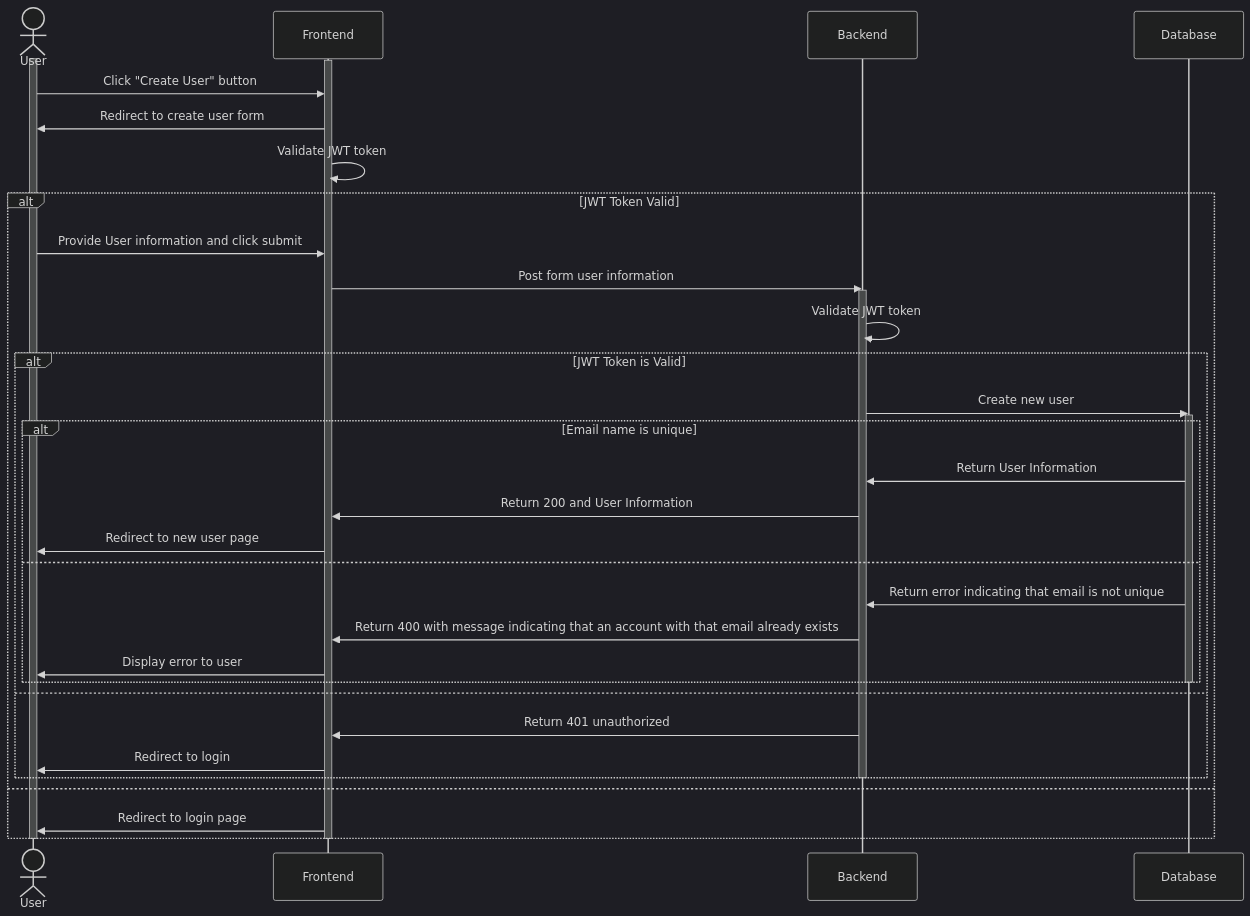
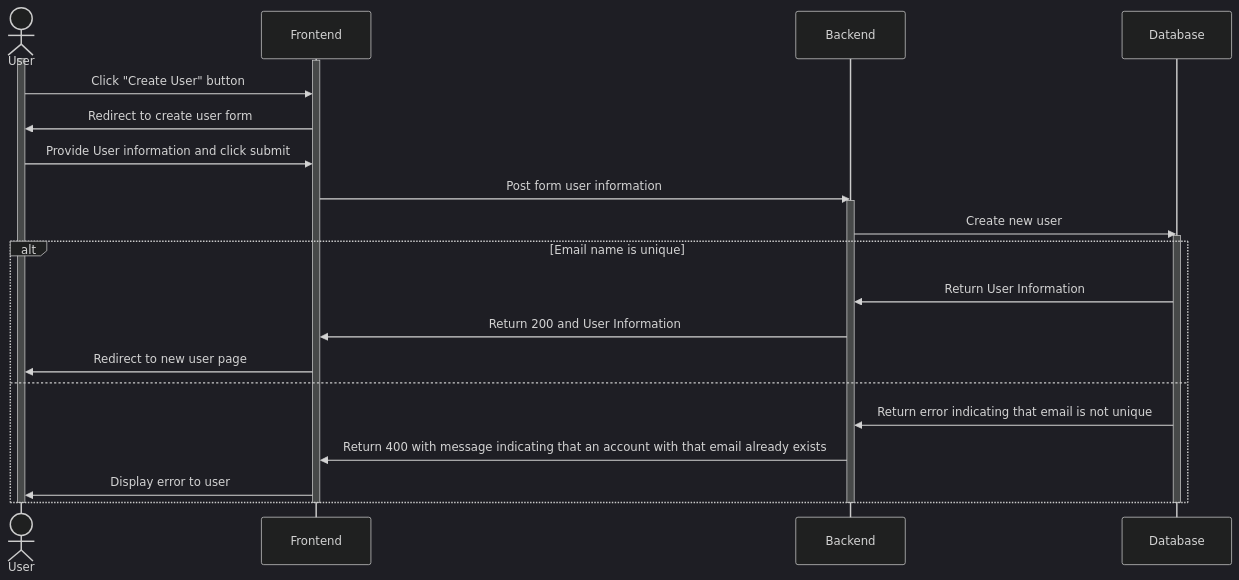
One commit to UCSD-E4E/fishsense-webapp changed the third of 3 diagrams in README.md. Above: the diagram before and after it, drawn with Mermaid (dark theme).

````diff
--- a/README.md
+++ b/README.md
@@ -111,55 +111,42 @@
 ```mermaid
 sequenceDiagram
     actor User
 
     activate User
     activate Frontend
 
     User ->> Frontend: Click "Create User" button
     Frontend ->> User: Redirect to create user form
-    Frontend ->> Frontend: Validate JWT token
-    alt JWT Token Valid
+
     User ->> Frontend: Provide User information and click submit
     Frontend ->> Backend: Post form user information
     activate Backend
 
-    Backend ->> Backend: Validate JWT token
-    
-    alt JWT Token is Valid
 
     Backend ->> Database: Create new user
     activate Database
 
     alt Email name is unique
 
     Database ->> Backend: Return User Information
     Backend ->> Frontend: Return 200 and User Information
     Frontend ->> User: Redirect to new user page
 
     else
 
     Database->> Backend: Return error indicating that email is not unique
     Backend ->> Frontend: Return 400 with message indicating that an account with that email already exists
     Frontend ->> User: Display error to user
 
     end
 
     deactivate Database
 
-    else
-    
-    Backend ->> Frontend: Return 401 unauthorized
-    Frontend ->> User: Redirect to login
 
-    end
 
     deactivate Backend
-    else
 
-    Frontend ->> User: Redirect to login page
-
-    end
 
     deactivate Frontend
     deactivate User
 ```
````
